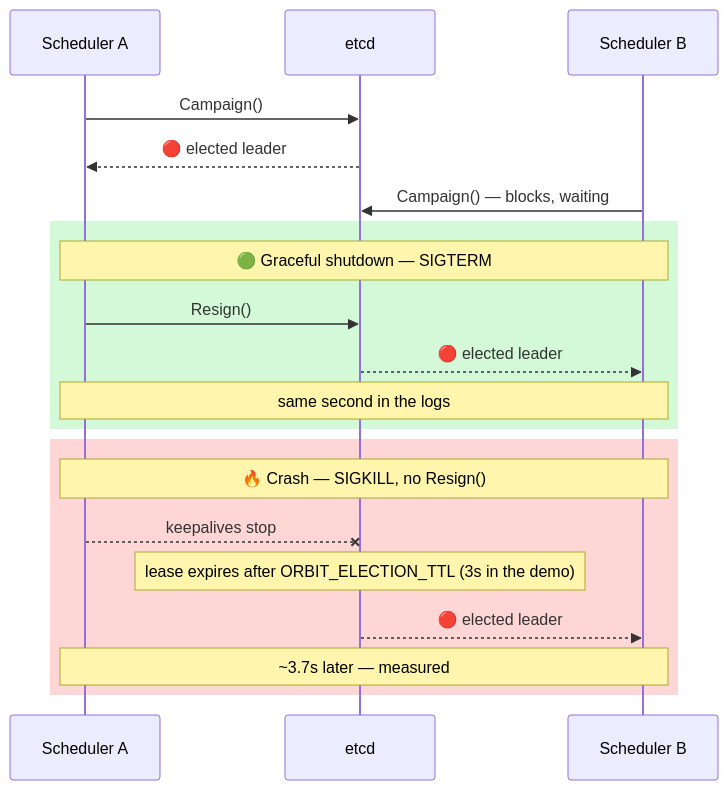
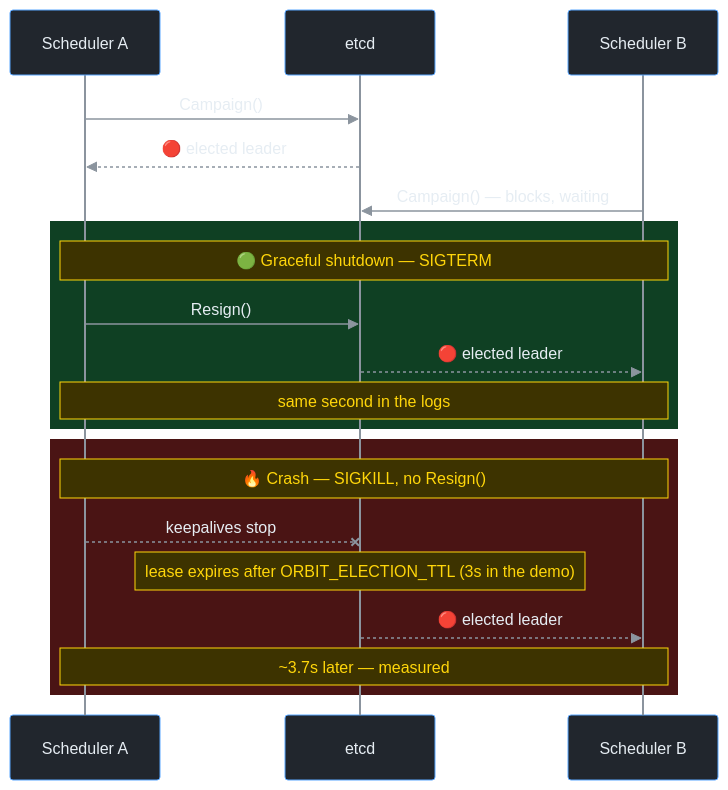
Before and after one commit to VaibhavDangaich/Orbit: the fourth of 5 diagrams in README.md, drawn with Mermaid. The commit also changed other lines of this file, not shown here.

First line of the commit message:
Fix Mermaid diagram contrast on GitHub dark mode

````diff
--- a/README.md
+++ b/README.md
@@ -167,25 +213,49 @@
 ```mermaid
+%%{init: {'theme':'base', 'themeVariables': {
+  'background': '#0d1117',
+  'primaryColor': '#21262d',
+  'primaryTextColor': '#e6edf3',
+  'primaryBorderColor': '#58a6ff',
+  'lineColor': '#8b949e',
+  'textColor': '#e6edf3',
+  'actorBkg': '#21262d',
+  'actorBorder': '#58a6ff',
+  'actorTextColor': '#e6edf3',
+  'actorLineColor': '#8b949e',
+  'signalColor': '#8b949e',
+  'signalTextColor': '#e6edf3',
+  'labelBoxBkgColor': '#21262d',
+  'labelBoxBorderColor': '#58a6ff',
+  'labelTextColor': '#e6edf3',
+  'loopTextColor': '#e6edf3',
+  'noteBkgColor': '#3d3300',
+  'noteTextColor': '#ffd60a',
+  'noteBorderColor': '#ffd60a',
+  'activationBkgColor': '#30363d',
+  'activationBorderColor': '#58a6ff',
+  'sequenceNumberColor': '#0d1117'
+}}}%%
 sequenceDiagram
     participant A as Scheduler A
     participant E as etcd
     participant B as Scheduler B
 
     A->>E: Campaign()
     E-->>A: 🔴 elected leader
     B->>E: Campaign() — blocks, waiting
 
-    rect rgb(211, 249, 216)
+    rect rgb(15, 64, 35)
     Note over A,B: 🟢 Graceful shutdown — SIGTERM
     A->>E: Resign()
     E-->>B: 🔴 elected leader
     Note over A,B: same second in the logs
     end
 
-    rect rgb(255, 214, 214)
+    rect rgb(74, 20, 20)
     Note over A,B: 🔥 Crash — SIGKILL, no Resign()
     A--xE: keepalives stop
     Note over E: lease expires after ORBIT_ELECTION_TTL (3s in the demo)
     E-->>B: 🔴 elected leader
     Note over A,B: ~3.7s later — measured
     end
 ```
````
